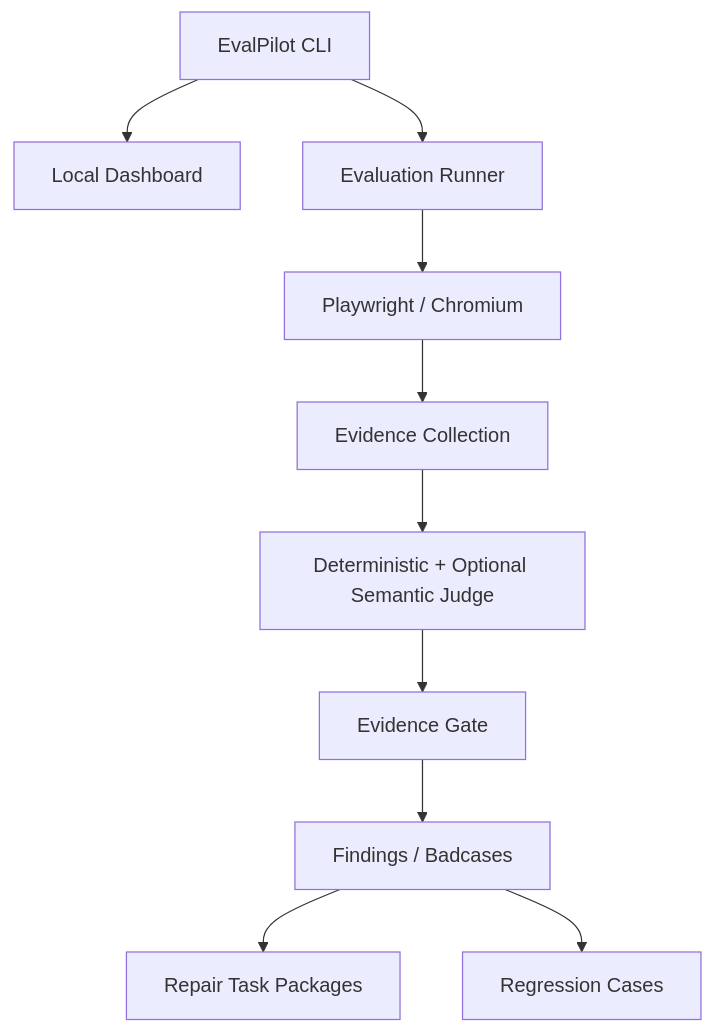
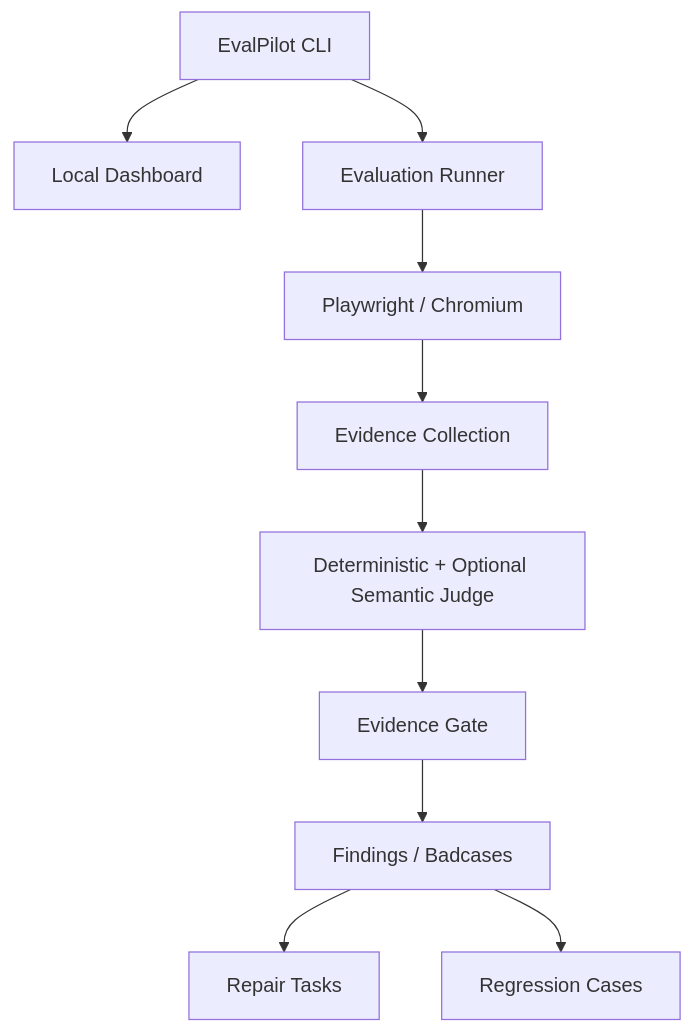
The fourth of 4 diagrams in README.md (chusday97/evalpilot-local), drawn with Mermaid before and after one commit. The commit also changed other lines of this file, not shown here.

````diff
--- a/README.md
+++ b/README.md
@@ -180,12 +298,12 @@
 ```mermaid
 flowchart TB
   CLI[EvalPilot CLI] --> Dashboard[Local Dashboard]
   CLI --> Runner[Evaluation Runner]
   Runner --> Browser[Playwright / Chromium]
   Browser --> Evidence[Evidence Collection]
   Evidence --> Judge[Deterministic + Optional Semantic Judge]
   Judge --> Gate[Evidence Gate]
   Gate --> Findings[Findings / Badcases]
-  Findings --> Tasks[Repair Task Packages]
+  Findings --> Tasks[Repair Tasks]
   Findings --> Regression[Regression Cases]
 ```
````
